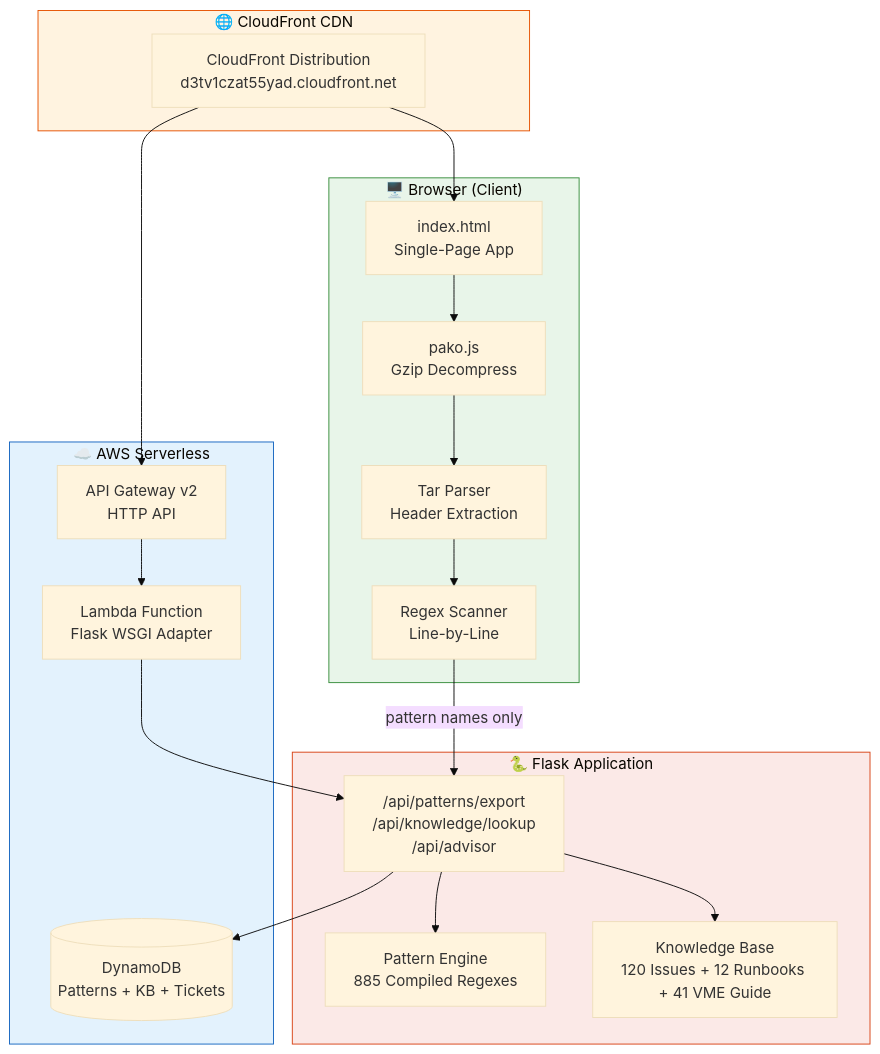
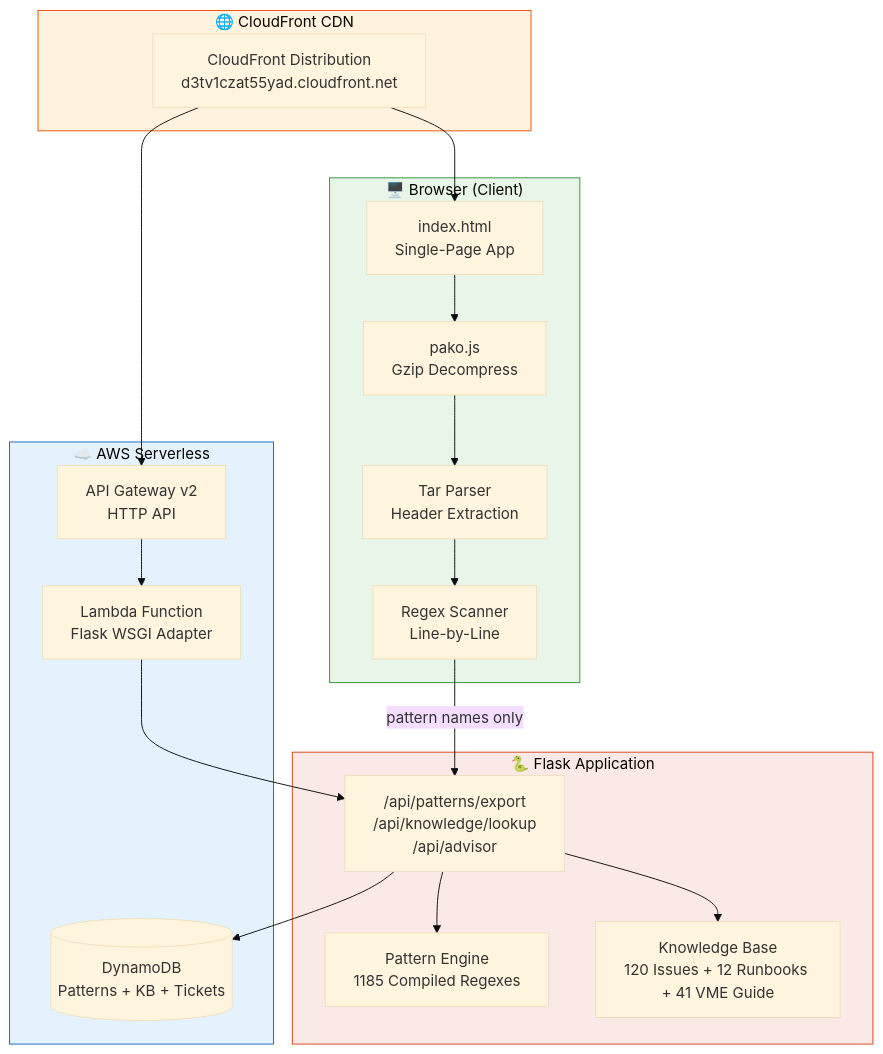
Before and after one commit to yadakrishna245/Log_analysis: diagram 13 of 17 in README.md, drawn with Mermaid (base theme). The commit also changed other lines of this file and 7 other files, not shown here.

````diff
--- a/README.md
+++ b/README.md
@@ -817,43 +817,43 @@
 ```mermaid
 graph TB
     subgraph CDN["🌐 CloudFront CDN"]
         CF[CloudFront Distribution<br/>d3tv1czat55yad.cloudfront.net]
     end
 
     subgraph SERVERLESS["☁️ AWS Serverless"]
         APIGW[API Gateway v2<br/>HTTP API]
         LAMBDA[Lambda Function<br/>Flask WSGI Adapter]
         DYNAMO[(DynamoDB<br/>Patterns + KB + Tickets)]
     end
 
     subgraph FLASK["🐍 Flask Application"]
         ROUTES["/api/patterns/export<br/>/api/knowledge/lookup<br/>/api/advisor"]
-        ENGINE[Pattern Engine<br/>885 Compiled Regexes]
+        ENGINE[Pattern Engine<br/>1185 Compiled Regexes]
         KB[Knowledge Base<br/>120 Issues + 12 Runbooks + 41 VME Guide]
     end
 
     subgraph BROWSER["🖥️ Browser (Client)"]
         HTML[index.html<br/>Single-Page App]
         PAKO[pako.js<br/>Gzip Decompress]
         TARPARSER[Tar Parser<br/>Header Extraction]
         SCANNER[Regex Scanner<br/>Line-by-Line]
     end
 
     CF --> APIGW
     APIGW --> LAMBDA
     LAMBDA --> ROUTES
     ROUTES --> ENGINE
     ROUTES --> KB
     ROUTES --> DYNAMO
 
     CF --> HTML
     HTML --> PAKO
     PAKO --> TARPARSER
     TARPARSER --> SCANNER
     SCANNER -->|pattern names only| ROUTES
 
     style CDN fill:#fff3e0,stroke:#e65100
     style SERVERLESS fill:#e3f2fd,stroke:#1565c0
     style FLASK fill:#fbe9e7,stroke:#d84315
     style BROWSER fill:#e8f5e9,stroke:#388e3c
 ```
````
